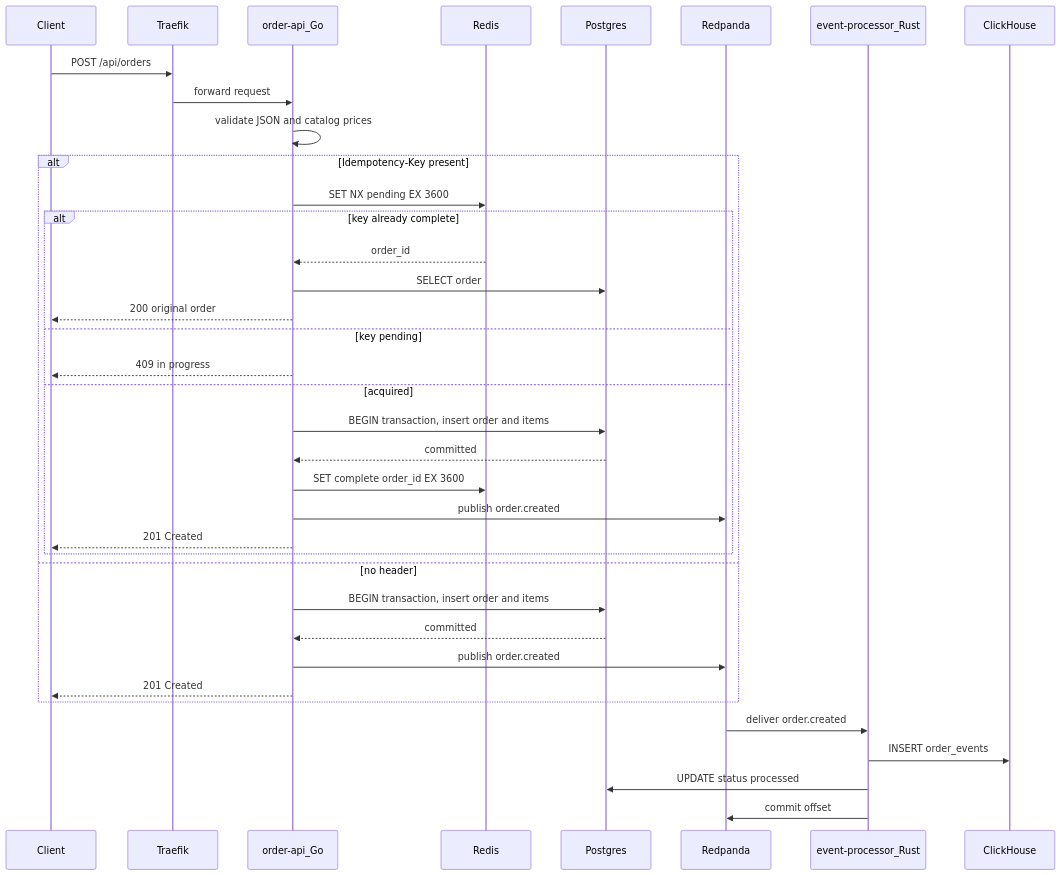
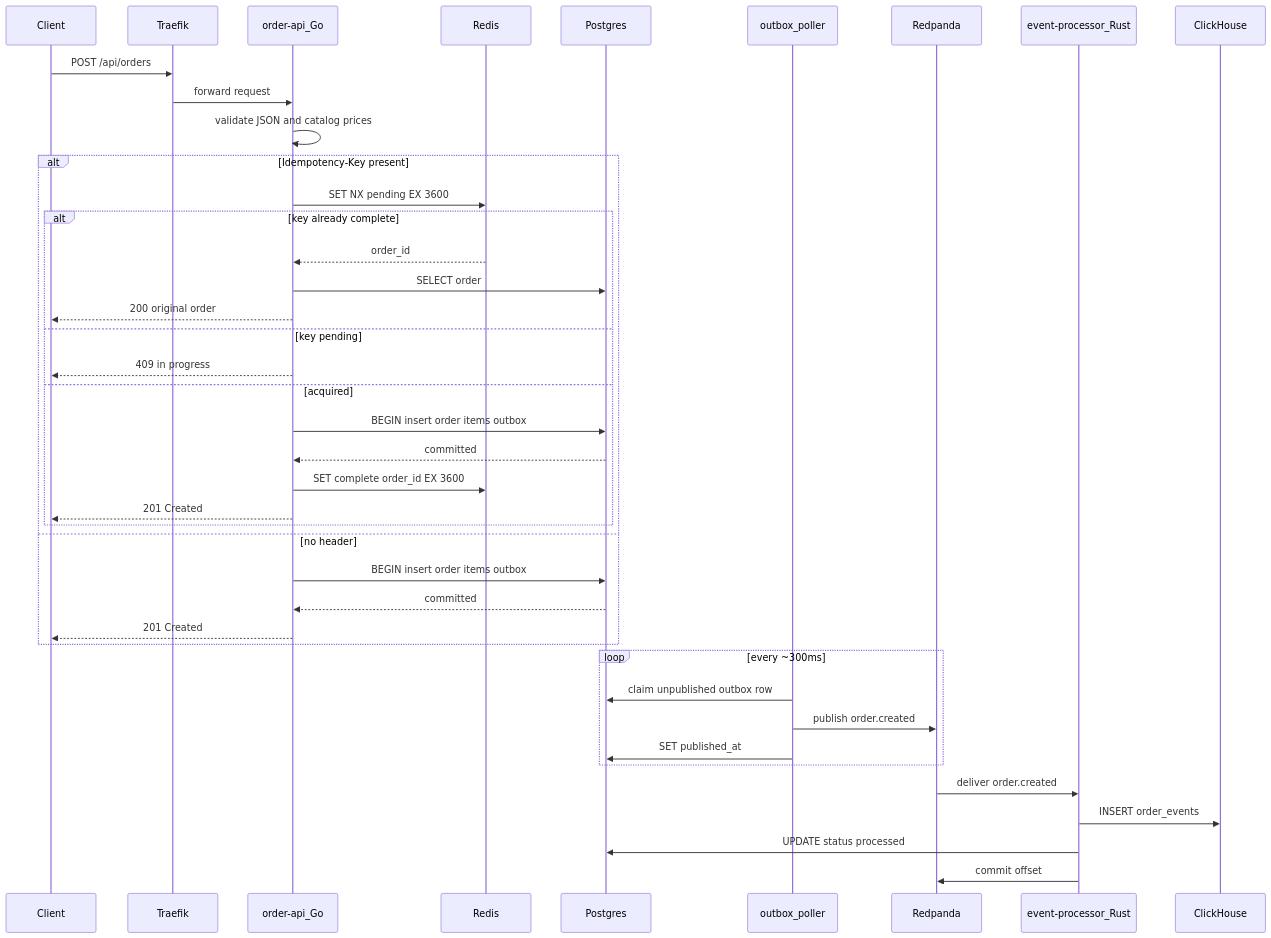
Before and after one commit to ianckc/streamshop-distributed-system: the first of 2 diagrams in docs/docs/data-flows/order-placement.mdx, drawn with Mermaid. The commit also changed other lines of this file and 21 other files, not shown here.

````diff
--- a/docs/docs/data-flows/order-placement.mdx
+++ b/docs/docs/data-flows/order-placement.mdx
@@ -11,40 +11,44 @@
 ```mermaid
 sequenceDiagram
   participant Client
   participant Traefik
   participant OrderAPI as order-api_Go
   participant Redis
   participant Postgres
+  participant Poller as outbox_poller
   participant Redpanda
   participant Processor as event-processor_Rust
   participant ClickHouse
 
   Client->>Traefik: POST /api/orders
   Traefik->>OrderAPI: forward request
   OrderAPI->>OrderAPI: validate JSON and catalog prices
   alt Idempotency-Key present
     OrderAPI->>Redis: SET NX pending EX 3600
     alt key already complete
       Redis-->>OrderAPI: order_id
       OrderAPI->>Postgres: SELECT order
       OrderAPI-->>Client: 200 original order
     else key pending
       OrderAPI-->>Client: 409 in progress
     else acquired
-      OrderAPI->>Postgres: BEGIN transaction, insert order and items
+      OrderAPI->>Postgres: BEGIN insert order items outbox
       Postgres-->>OrderAPI: committed
       OrderAPI->>Redis: SET complete order_id EX 3600
-      OrderAPI->>Redpanda: publish order.created
       OrderAPI-->>Client: 201 Created
     end
   else no header
-    OrderAPI->>Postgres: BEGIN transaction, insert order and items
+    OrderAPI->>Postgres: BEGIN insert order items outbox
     Postgres-->>OrderAPI: committed
-    OrderAPI->>Redpanda: publish order.created
     OrderAPI-->>Client: 201 Created
+  end
+  loop every ~300ms
+    Poller->>Postgres: claim unpublished outbox row
+    Poller->>Redpanda: publish order.created
+    Poller->>Postgres: SET published_at
   end
   Redpanda->>Processor: deliver order.created
   Processor->>ClickHouse: INSERT order_events
   Processor->>Postgres: UPDATE status processed
   Processor->>Redpanda: commit offset
 ```
````
